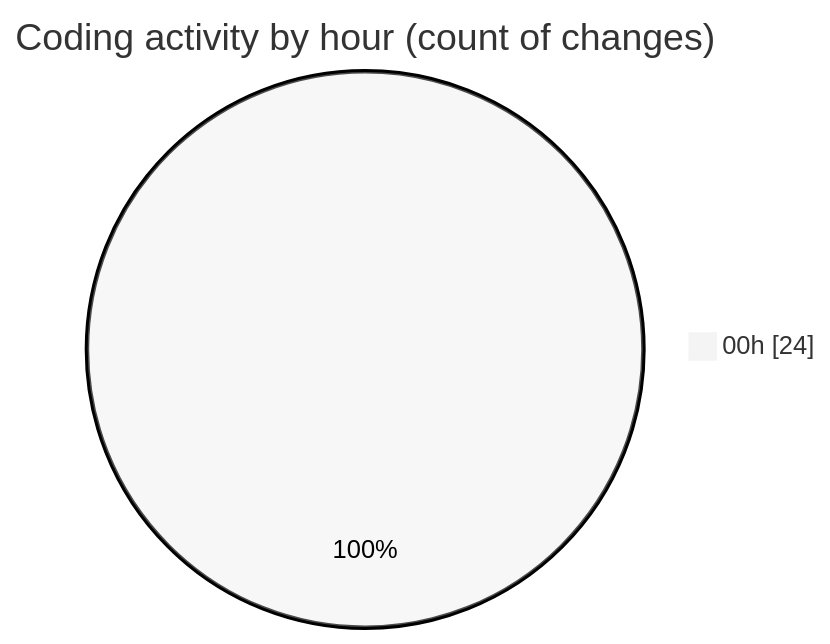
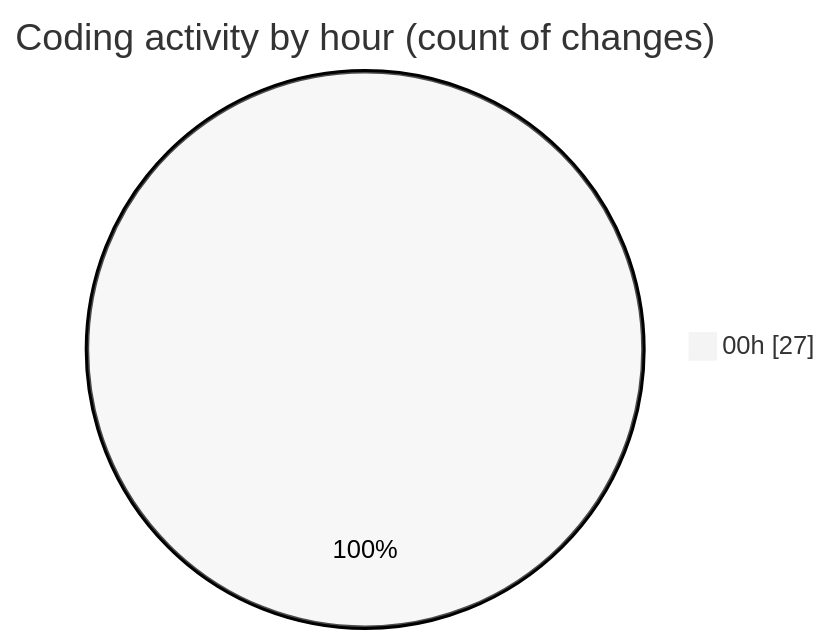
Before and after one commit to lephambinh05/code-tracking: the second of 2 diagrams in 2025-07-17/nhahang/README.md, drawn with Mermaid (neutral theme). The commit also changed other lines of this file and 1 other file, not shown here.

````diff
--- a/2025-07-17/nhahang/README.md
+++ b/2025-07-17/nhahang/README.md
@@ -38,5 +40,5 @@
 ```mermaid
 pie showData
 title Coding activity by hour (count of changes)
-"00h" : 24
+"00h" : 27
 ```
````
